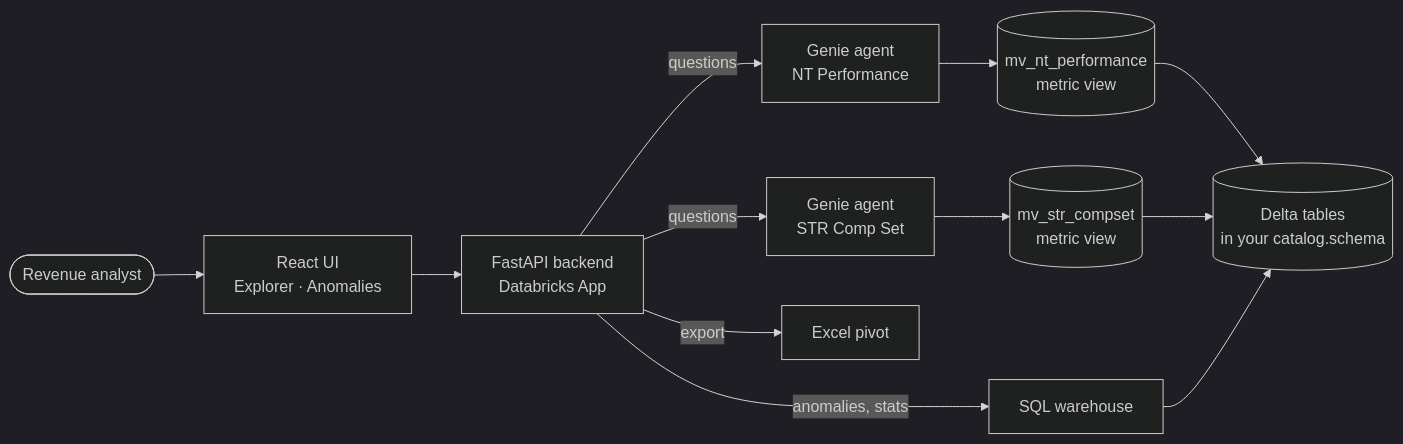
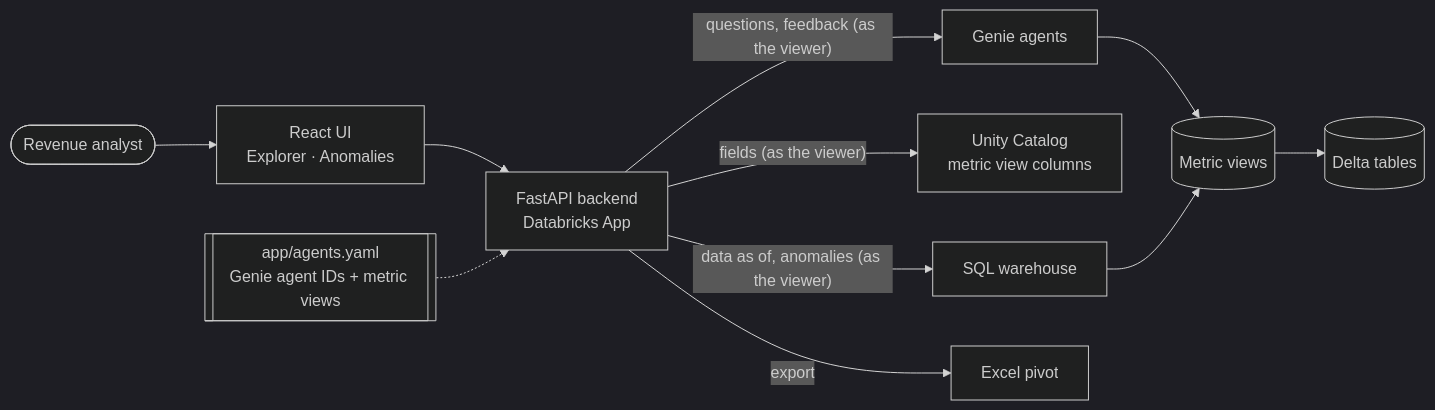
One commit to jonathan-whiteley/wyndham-revsight changed the diagram in README.md. Above: the diagram before and after it, drawn with Mermaid (dark theme). The commit also changed other lines of this file and 49 other files, not shown here.

````diff
--- a/README.md
+++ b/README.md
@@ -37,14 +38,13 @@
 ```mermaid
 flowchart LR
     U([Revenue analyst]) --> UI[React UI<br/>Explorer · Anomalies]
     UI --> API[FastAPI backend<br/>Databricks App]
-    API -- questions --> G1[Genie agent<br/>NT Performance]
-    API -- questions --> G2[Genie agent<br/>STR Comp Set]
-    G1 --> MV1[(mv_nt_performance<br/>metric view)]
-    G2 --> MV2[(mv_str_compset<br/>metric view)]
-    API -- anomalies, stats --> WH[SQL warehouse]
-    MV1 --> T[(Delta tables<br/>in your catalog.schema)]
-    MV2 --> T
-    WH --> T
+    CFG[[app/agents.yaml<br/>Genie agent IDs + metric views]] -.-> API
+    API -- "questions, feedback (as the viewer)" --> G[Genie agents]
+    API -- "fields (as the viewer)" --> UC[Unity Catalog<br/>metric view columns]
+    API -- "data as of, anomalies (as the viewer)" --> WH[SQL warehouse]
+    G --> MV[(Metric views)]
+    WH --> MV
+    MV --> T[(Delta tables)]
     API -- export --> X[Excel pivot]
 ```
````
